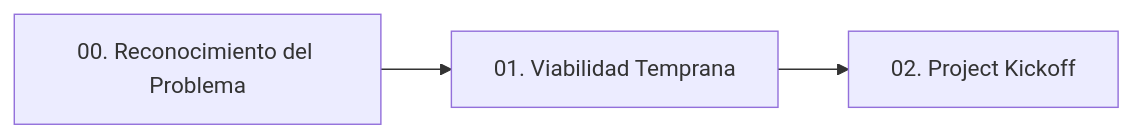
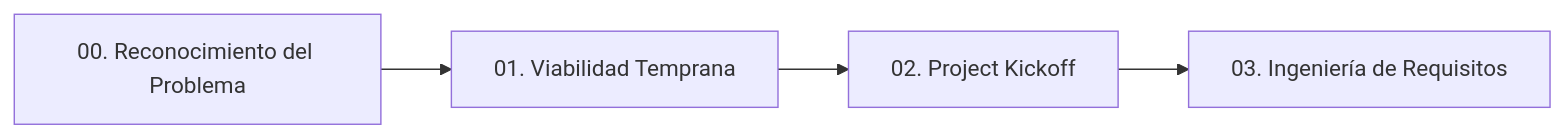
The diagram in docs/index.md (camilolayos54-dotcom/Adi), drawn with Mermaid before and after one commit. The commit also changed other lines of this file and 13 other files, not shown here.

````diff
--- a/docs/index.md
+++ b/docs/index.md
@@ -9,5 +9,6 @@
 ```mermaid
 graph LR
     Fase0["00. Reconocimiento del Problema"] --> Fase1["01. Viabilidad Temprana"]
     Fase1 --> Fase2["02. Project Kickoff"]
+    Fase2 --> Fase3["03. Ingeniería de Requisitos"]
 ```
````
